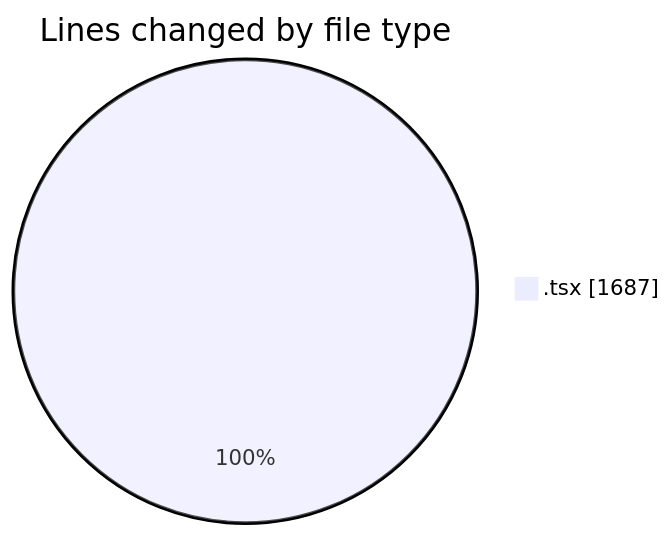
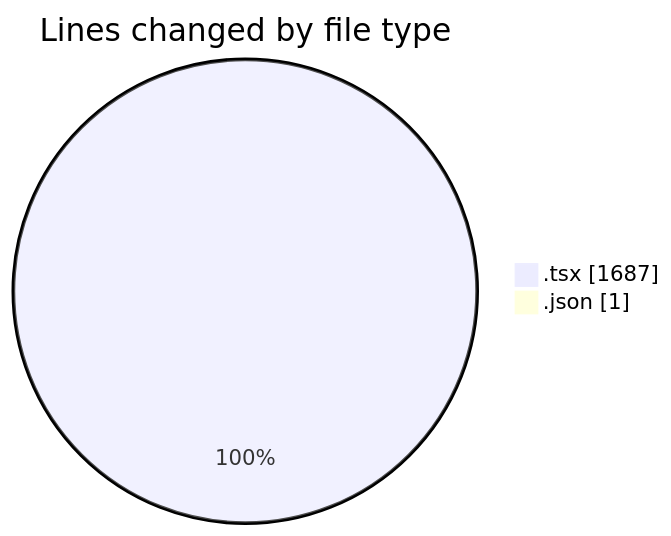
The first of 2 diagrams in 2025-11-10/cda/README.md (momahboobian/code-tracking), drawn with Mermaid before and after one commit. The commit also changed other lines of this file and 1 other file, not shown here.

````diff
--- a/2025-11-10/cda/README.md
+++ b/2025-11-10/cda/README.md
@@ -24,5 +25,6 @@
 ```mermaid
 pie showData
 title Lines changed by file type
 ".tsx" : 1687
+".json" : 1
 ```
````
